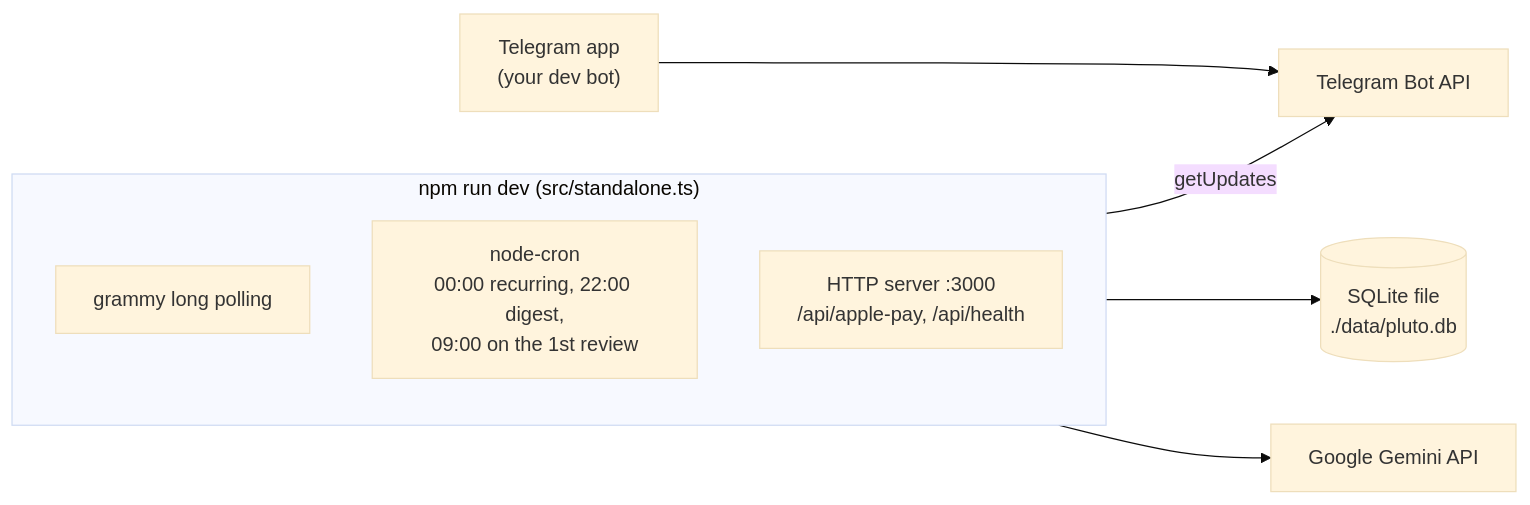
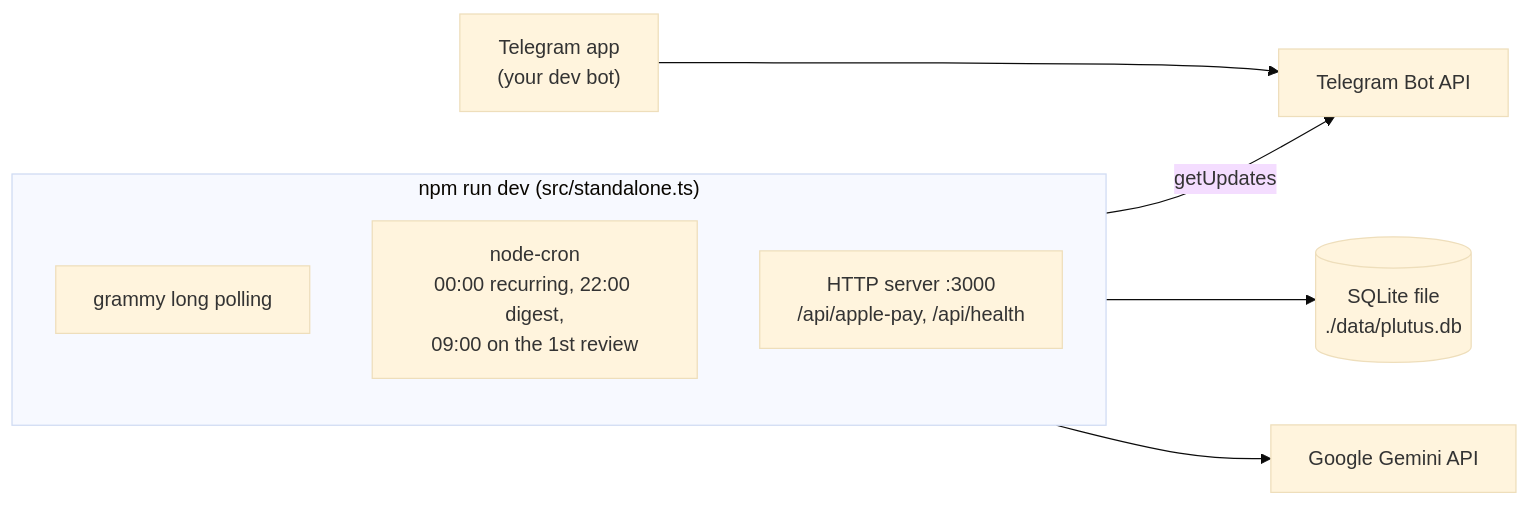
The second of 7 diagrams in docs/architecture.md (zzkhong/plutus-ai), drawn with Mermaid (base theme) before and after one commit. The commit also changed other lines of this file and 39 other files, not shown here.

````diff
--- a/docs/architecture.md
+++ b/docs/architecture.md
@@ -63,13 +63,13 @@
 ```mermaid
 flowchart LR
     tg["Telegram app<br/>(your dev bot)"] --> tgapi["Telegram Bot API"]
     subgraph proc["npm run dev (src/standalone.ts)"]
         direction TB
         poll["grammy long polling"]
         crons["node-cron<br/>00:00 recurring, 22:00 digest,<br/>09:00 on the 1st review"]
         http["HTTP server :3000<br/>/api/apple-pay, /api/health"]
     end
     poll -- "getUpdates" --> tgapi
-    proc --> file[("SQLite file<br/>./data/pluto.db")]
+    proc --> file[("SQLite file<br/>./data/plutus.db")]
     proc --> gemini["Google Gemini API"]
 ```
````
